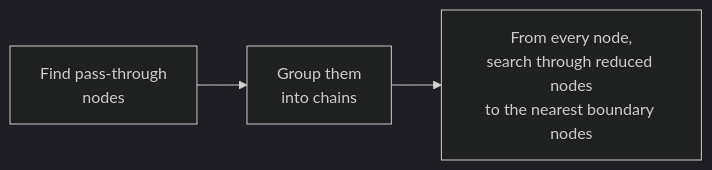
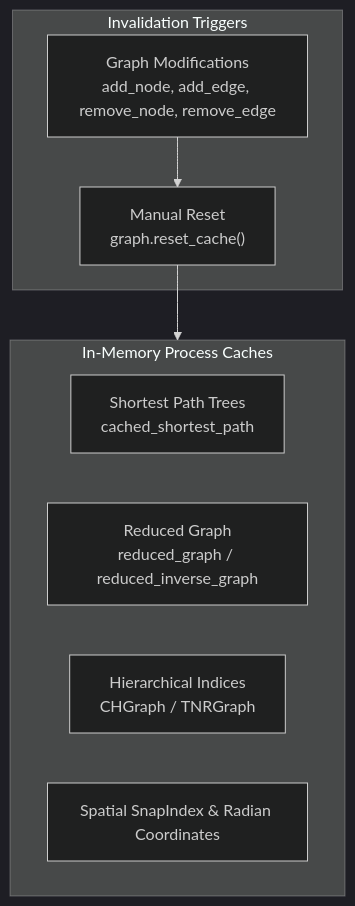
The fourth of 4 diagrams in ARCHITECTURE.md (connor-makowski/scgraph), drawn with Mermaid (dark theme) before and after one commit. The commit also changed other lines of this file and 15 other files, not shown here.

````diff
--- a/ARCHITECTURE.md
+++ b/ARCHITECTURE.md
@@ -145,4 +237,15 @@
 ```mermaid
-flowchart LR
-    A["Find pass-through<br/>nodes"] --> B["Group them<br/>into chains"] --> C["From every node,<br/>search through reduced nodes<br/>to the nearest boundary nodes"]
+flowchart TD
+    subgraph RAM["In-Memory Process Caches"]
+        T["Shortest Path Trees<br/>cached_shortest_path"]
+        R["Reduced Graph<br/>reduced_graph / reduced_inverse_graph"]
+        H["Hierarchical Indices<br/>CHGraph / TNRGraph"]
+        S["Spatial SnapIndex & Radian Coordinates"]
+    end
+    subgraph Triggers["Invalidation Triggers"]
+        M["Graph Modifications<br/>add_node, add_edge, remove_node, remove_edge"]
+        C["Manual Reset<br/>graph.reset_cache()"]
+    end
+    M --> C
+    C --> RAM
 ```
````
